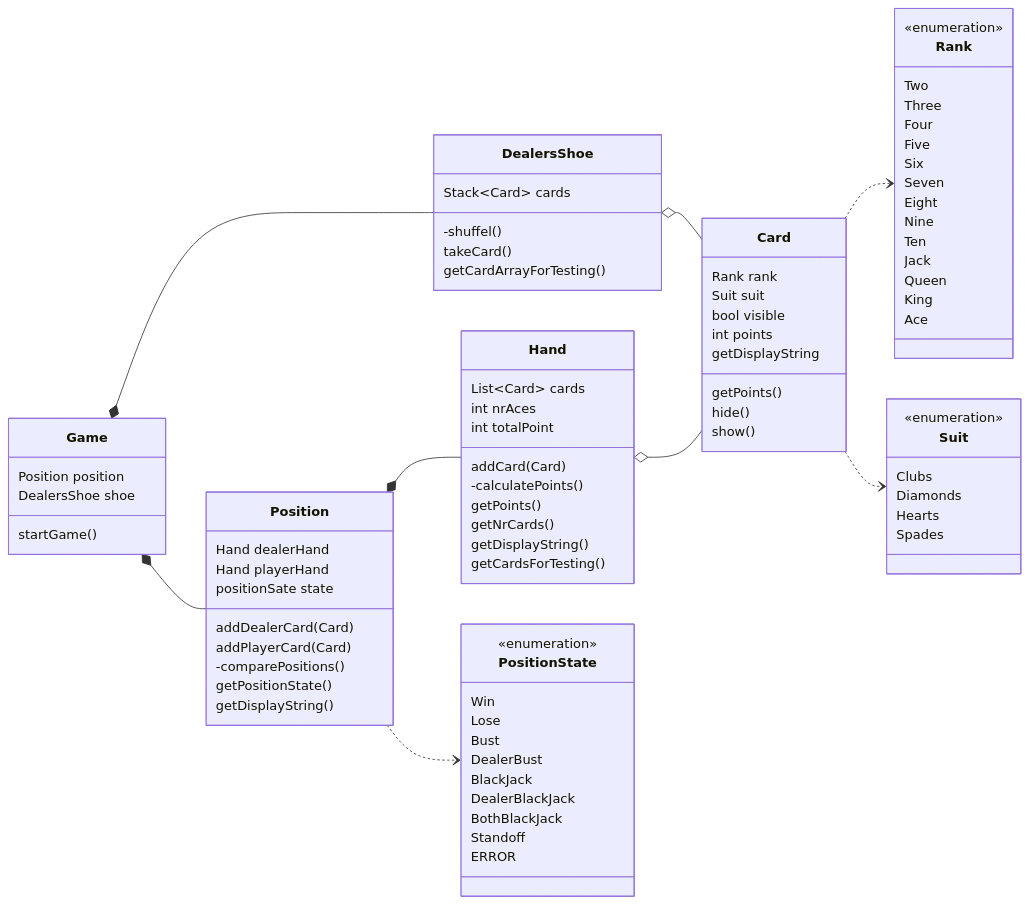
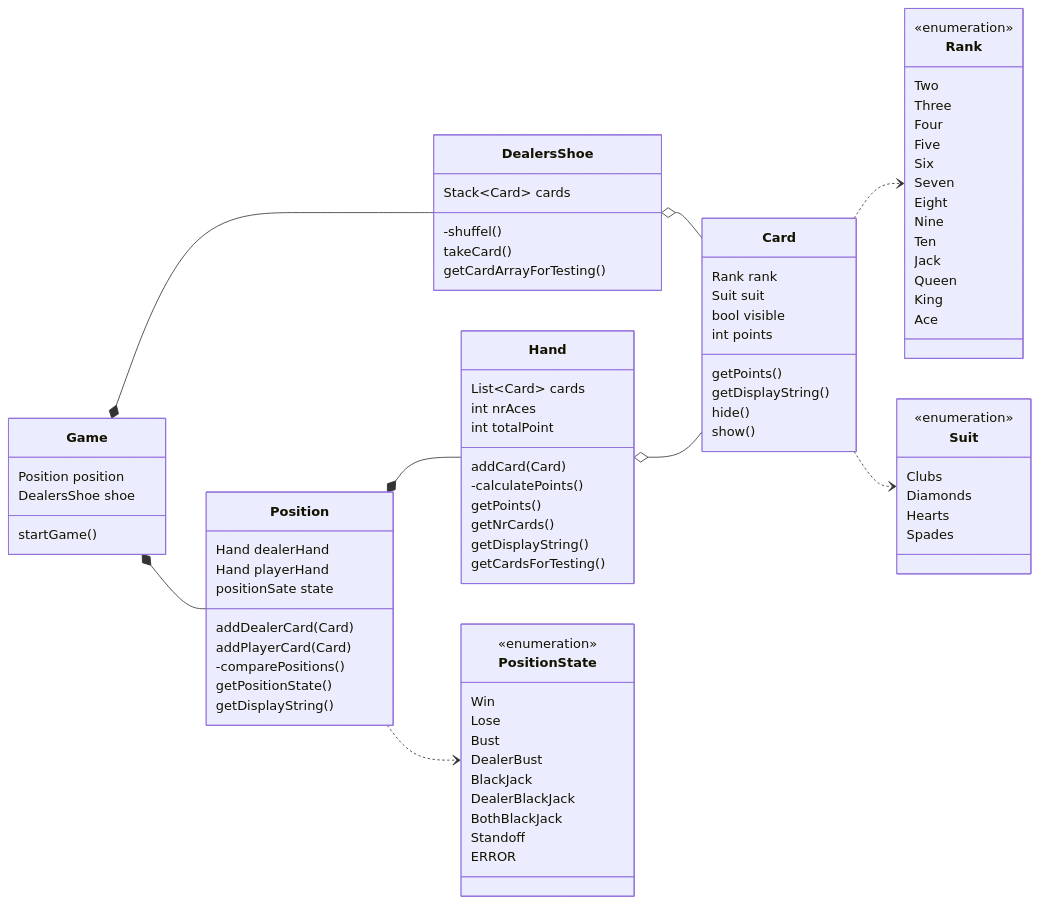
Before and after one commit to MVCorn/BlackJack: the diagram in README.md, drawn with Mermaid.

````diff
--- a/README.md
+++ b/README.md
@@ -21,98 +21,97 @@
 ```mermaid
+classDiagram
+    direction LR
+    class Rank {
+        <<enumeration>>
+        Two
+        Three
+        Four
+        Five
+        Six
+        Seven
+        Eight
+        Nine
+        Ten
+        Jack
+        Queen
+        King
+        Ace
+    }
 
-classDiagram
-	direction LR
-	class Rank {
-	<<enumeration>>
-	Two
-	Three
-	Four
-	Five
-	Six
-	Seven
-	Eight
-	Nine
-	Ten
-	Jack
-	Queen
-	King
-	Ace
-	}
-	
-	class Suit {
-	<<enumeration>>
-	Clubs
-	Diamonds
-	Hearts
-	Spades
-	}
-	
-	class Card {
-	Rank rank
-	Suit suit
-	bool visible
-	int points
-	getPoints()
-	getDisplayString
-	hide()
-	show()
-	}
-	
-	class DealersShoe {
-	Stack~Card~ cards
-	-shuffel()
-	takeCard()
-	getCardArrayForTesting()
-	}
-	
-	class Hand {
-	List~Card~ cards
-	int nrAces
-	int totalPoint
-	addCard(Card)
-	-calculatePoints()
-	getPoints()
-	getNrCards()
-	getDisplayString()
-	getCardsForTesting()
-	}
-	
-	class PositionState {
-	<<enumeration>>
-	Win
-	Lose
-	Bust
-	DealerBust
-	BlackJack
-	DealerBlackJack
-	BothBlackJack
-	Standoff
-	ERROR
-	}
-	
-	class Position {
-	Hand dealerHand
-	Hand playerHand
-	positionSate state
-	addDealerCard(Card)
-	addPlayerCard(Card)
-	-comparePositions()
-	getPositionState()
-	getDisplayString()
-	}
-	
-	class Game {
-	Position position
-	DealersShoe shoe
-	startGame()
-	}
-	
-	Card ..> Rank
-	Card ..> Suit
-	DealersShoe o-- Card
-	Hand o-- Card
-	Position ..> PositionState
-	Position *-- Hand
-	Game *-- Position
-	Game *-- DealersShoe
+    class Suit {
+        <<enumeration>>
+        Clubs
+        Diamonds
+        Hearts
+        Spades
+    }
+
+    class Card {
+        Rank rank
+        Suit suit
+        bool visible
+        int points
+        getPoints()
+        getDisplayString()
+        hide()
+        show()
+    }
+
+    class DealersShoe {
+        Stack~Card~ cards
+        -shuffel()
+        takeCard()
+        getCardArrayForTesting()
+    }
+
+    class Hand {
+        List~Card~ cards
+        int nrAces
+        int totalPoint
+        addCard(Card)
+        -calculatePoints()
+        getPoints()
+        getNrCards()
+        getDisplayString()
+        getCardsForTesting()
+    }
+
+    class PositionState {
+        <<enumeration>>
+        Win
+        Lose
+        Bust
+        DealerBust
+        BlackJack
+        DealerBlackJack
+        BothBlackJack
+        Standoff
+        ERROR
+    }
+
+    class Position {
+        Hand dealerHand
+        Hand playerHand
+        positionSate state
+        addDealerCard(Card)
+        addPlayerCard(Card)
+        -comparePositions()
+        getPositionState()
+        getDisplayString()
+    }
+
+    class Game {
+        Position position
+        DealersShoe shoe
+        startGame()
+    }
+
+    Card ..> Rank
+    Card ..> Suit
+    DealersShoe o-- Card
+    Hand o-- Card
+    Position ..> PositionState
+    Position *-- Hand
+    Game *-- Position
+    Game *-- DealersShoe
 ```
````
